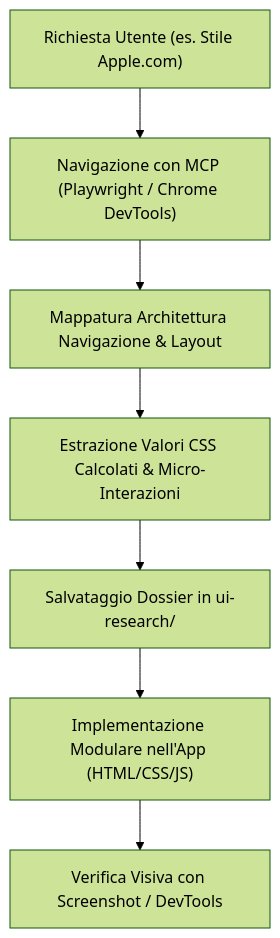
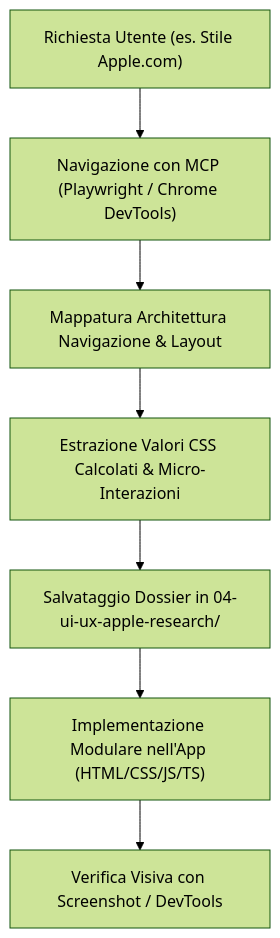
Before and after one commit to sportscience2025-star/Sports-Analytics-Platform---T7-Workout-APP: the diagram in .agents/skills/ui-ux-pattern-extractor/SKILL.md, drawn with Mermaid (forest theme). The commit also changed other lines of this file and 17 other files, not shown here.

Commit message:
feat(architecture): setup blueprint folders, 6 architectural skills, CLI analysis tools, and MCP servers

````diff
--- a/.agents/skills/ui-ux-pattern-extractor/SKILL.md
+++ b/.agents/skills/ui-ux-pattern-extractor/SKILL.md
@@ -26,9 +28,9 @@
 ```mermaid
 flowchart TD
     A["Richiesta Utente (es. Stile Apple.com)"] --> B["Navigazione con MCP (Playwright / Chrome DevTools)"]
     B --> C["Mappatura Architettura Navigazione & Layout"]
     C --> D["Estrazione Valori CSS Calcolati & Micro-Interazioni"]
-    D --> E["Salvataggio Dossier in ui-research/"]
-    E --> F["Implementazione Modulare nell'App (HTML/CSS/JS)"]
+    D --> E["Salvataggio Dossier in 04-ui-ux-apple-research/"]
+    E --> F["Implementazione Modulare nell'App (HTML/CSS/JS/TS)"]
     F --> G["Verifica Visiva con Screenshot / DevTools"]
 ```
````
